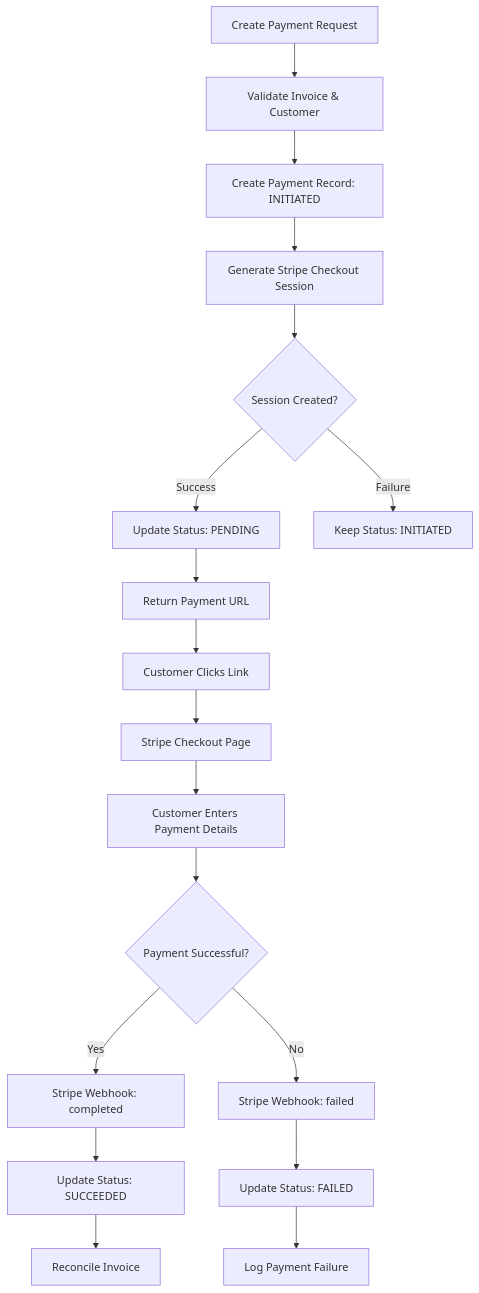
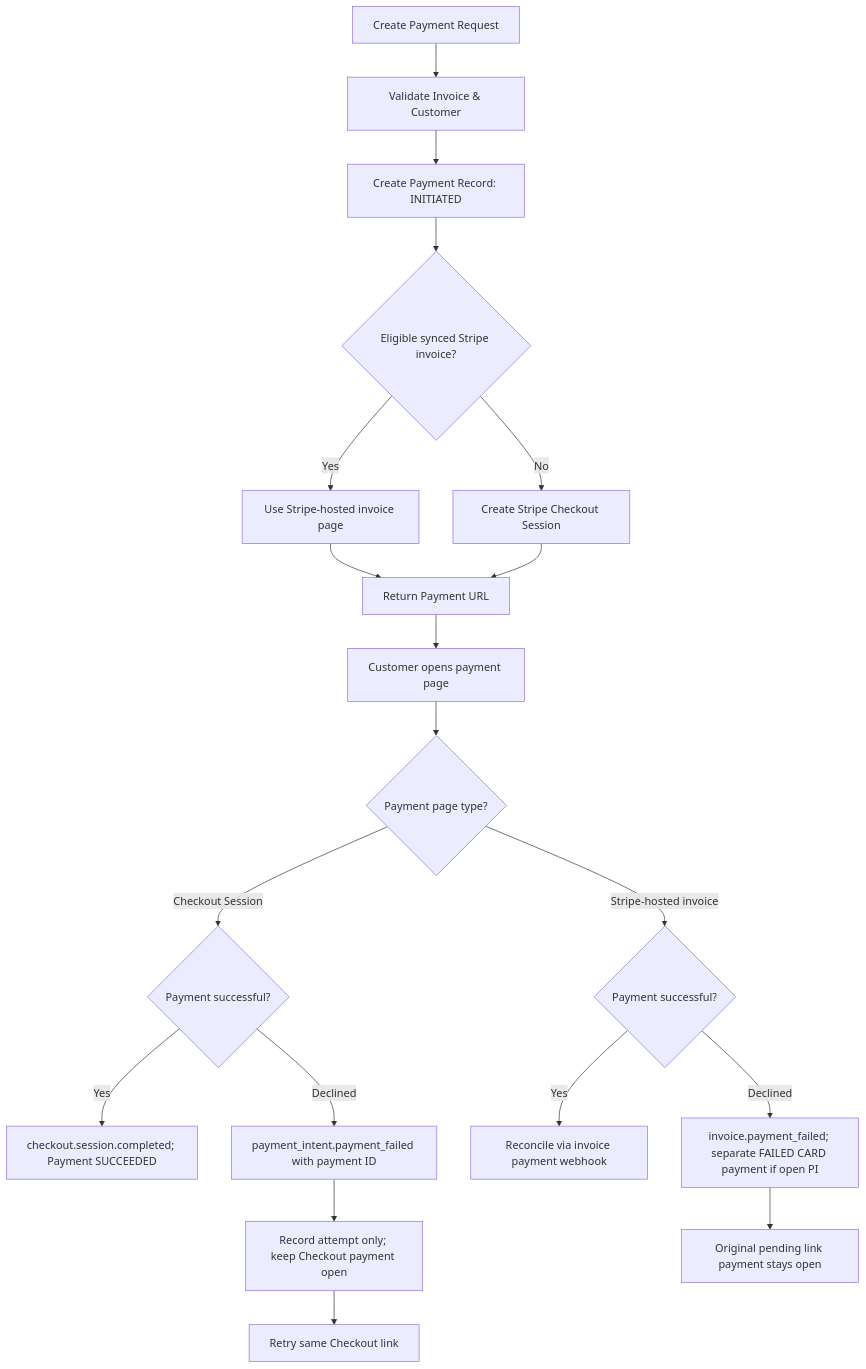
The first of 2 diagrams in integrations/stripe/payment-links.mdx (flexprice/flexprice-docs), drawn with Mermaid before and after one commit. The commit also changed other lines of this file and 4 other files, not shown here.

Commit message:
docs: align Stripe payment and invoice guides

````diff
--- a/integrations/stripe/payment-links.mdx
+++ b/integrations/stripe/payment-links.mdx
@@ -21,20 +21,21 @@
 ```mermaid
 graph TD
     A[Create Payment Request] --> B[Validate Invoice & Customer]
     B --> C[Create Payment Record: INITIATED]
-    C --> D[Generate Stripe Checkout Session]
-    D --> E{Session Created?}
-    E -->|Success| F[Update Status: PENDING]
-    E -->|Failure| G[Keep Status: INITIATED]
-    F --> H[Return Payment URL]
-    H --> I[Customer Clicks Link]
-    I --> J[Stripe Checkout Page]
-    J --> K[Customer Enters Payment Details]
-    K --> L{Payment Successful?}
-    L -->|Yes| M[Stripe Webhook: completed]
-    L -->|No| N[Stripe Webhook: failed]
-    M --> O[Update Status: SUCCEEDED]
-    N --> P[Update Status: FAILED]
-    O --> Q[Reconcile Invoice]
-    P --> R[Log Payment Failure]
+    C --> D{Eligible synced Stripe invoice?}
+    D -->|Yes| E[Use Stripe-hosted invoice page]
+    D -->|No| F[Create Stripe Checkout Session]
+    E --> G[Return Payment URL]
+    F --> G
+    G --> H[Customer opens payment page]
+    H --> I{Payment page type?}
+    I -->|Checkout Session| J{Payment successful?}
+    J -->|Yes| K[checkout.session.completed; Payment SUCCEEDED]
+    J -->|Declined| L[payment_intent.payment_failed with payment ID]
+    L --> M[Record attempt only; keep Checkout payment open]
+    M --> N[Retry same Checkout link]
+    I -->|Stripe-hosted invoice| O{Payment successful?}
+    O -->|Yes| P[Reconcile via invoice payment webhook]
+    O -->|Declined| Q[invoice.payment_failed; separate FAILED CARD payment if open PI]
+    Q --> R[Original pending link payment stays open]
 ```
````
